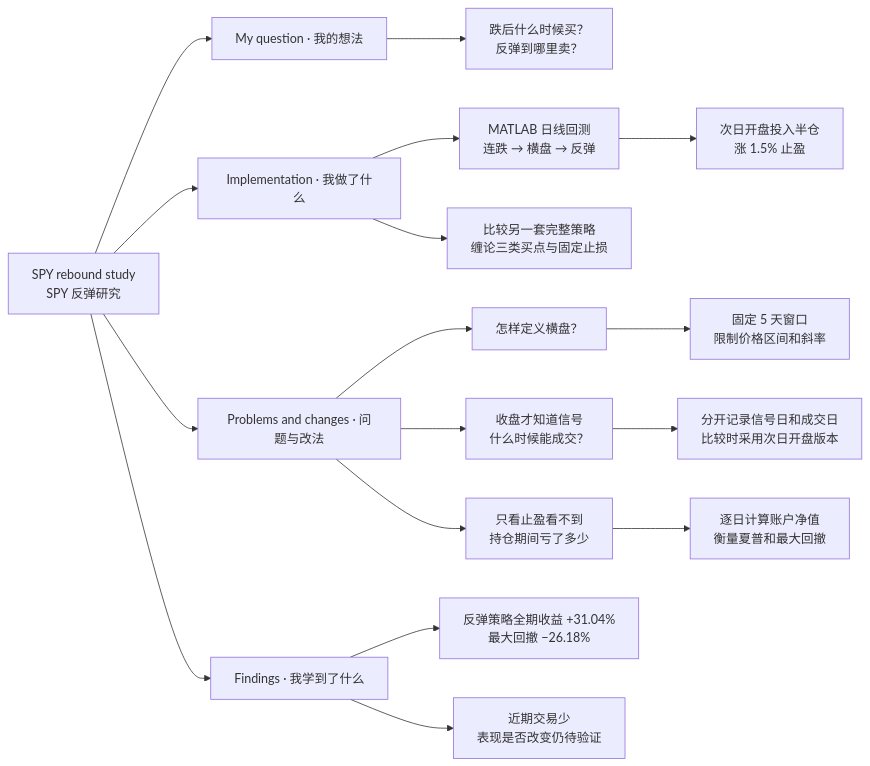
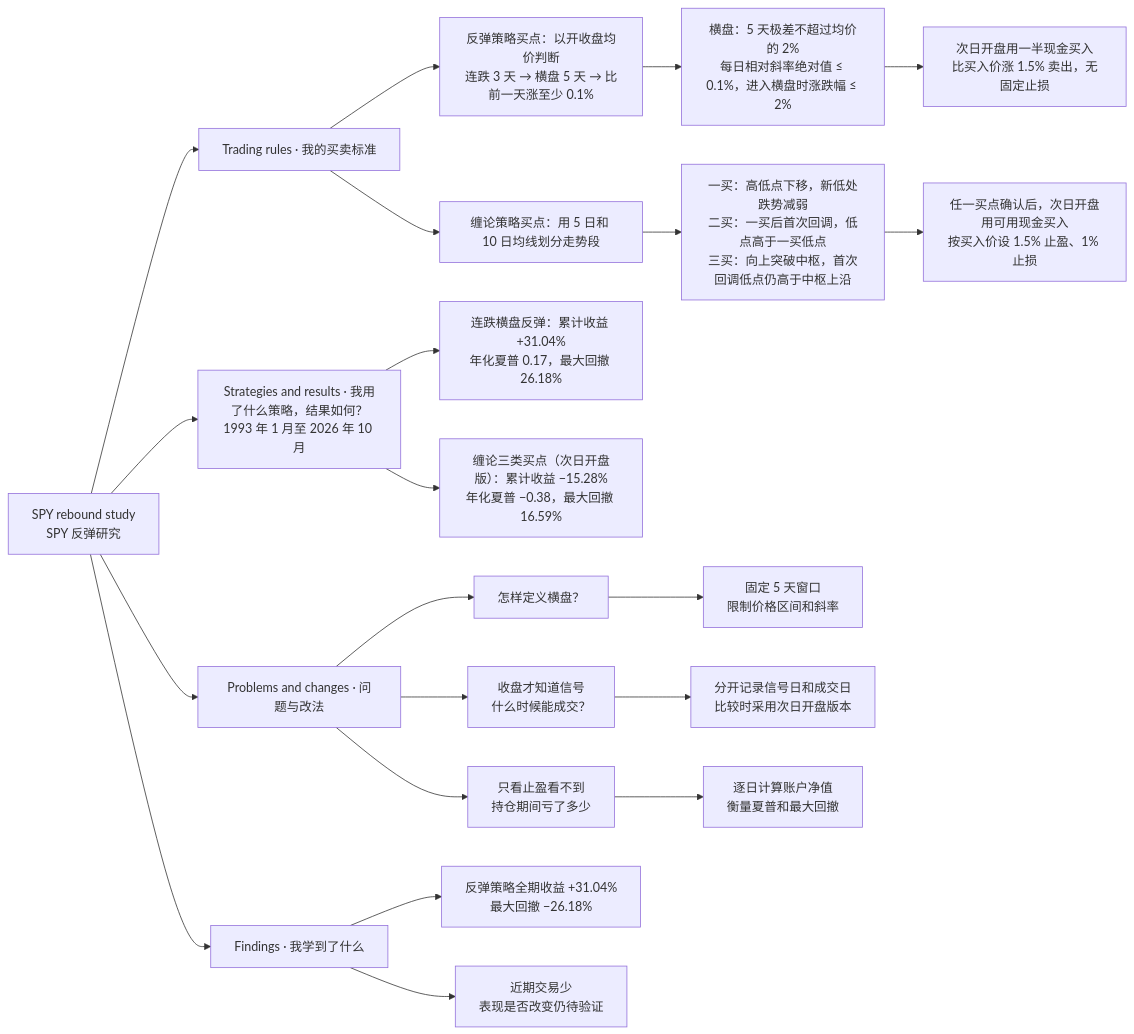
Before and after one commit to PonyMa777/spy-rebound-strategy: the diagram in README.md, drawn with Mermaid.

Commit message:
Specify entry and exit rules and show results by strategy in project map

````diff
--- a/README.md
+++ b/README.md
@@ -5,20 +5,24 @@
 ```mermaid
 flowchart LR
     A["SPY rebound study<br/>SPY 反弹研究"]
-    A --> B["My question · 我的想法"]
-    B --> B1["跌后什么时候买？<br/>反弹到哪里卖？"]
-    A --> C["Implementation · 我做了什么"]
-    C --> C1["MATLAB 日线回测<br/>连跌 → 横盘 → 反弹"]
-    C1 --> C2["次日开盘投入半仓<br/>涨 1.5% 止盈"]
-    C --> C3["比较另一套完整策略<br/>缠论三类买点与固定止损"]
+    A --> B["Trading rules · 我的买卖标准"]
+    B --> B1["反弹策略买点：以开收盘均价判断<br/>连跌 3 天 → 横盘 5 天 → 比前一天涨至少 0.1%"]
+    B1 --> B2["横盘：5 天极差不超过均价的 2%<br/>每日相对斜率绝对值 ≤ 0.1%，进入横盘时涨跌幅 ≤ 2%"]
+    B2 --> B3["次日开盘用一半现金买入<br/>比买入价涨 1.5% 卖出，无固定止损"]
+    B --> B4["缠论策略买点：用 5 日和 10 日均线划分走势段"]
+    B4 --> B5["一买：高低点下移，新低处跌势减弱<br/>二买：一买后首次回调，低点高于一买低点<br/>三买：向上突破中枢，首次回调低点仍高于中枢上沿"]
+    B5 --> B6["任一买点确认后，次日开盘用可用现金买入<br/>按买入价设 1.5% 止盈、1% 止损"]
+    A --> C["Strategies and results · 我用了什么策略，结果如何？<br/>1993 年 1 月至 2026 年 10 月"]
+    C --> C1["连跌横盘反弹：累计收益 +31.04%<br/>年化夏普 0.17，最大回撤 26.18%"]
+    C --> C2["缠论三类买点（次日开盘版）：累计收益 −15.28%<br/>年化夏普 −0.38，最大回撤 16.59%"]
     A --> D["Problems and changes · 问题与改法"]
     D --> D1["怎样定义横盘？"]
     D1 --> E1["固定 5 天窗口<br/>限制价格区间和斜率"]
     D --> D2["收盘才知道信号<br/>什么时候能成交？"]
     D2 --> E2["分开记录信号日和成交日<br/>比较时采用次日开盘版本"]
     D --> D3["只看止盈看不到<br/>持仓期间亏了多少"]
     D3 --> E3["逐日计算账户净值<br/>衡量夏普和最大回撤"]
     A --> F["Findings · 我学到了什么"]
     F --> F1["反弹策略全期收益 +31.04%<br/>最大回撤 −26.18%"]
     F --> F2["近期交易少<br/>表现是否改变仍待验证"]
 ```
````
